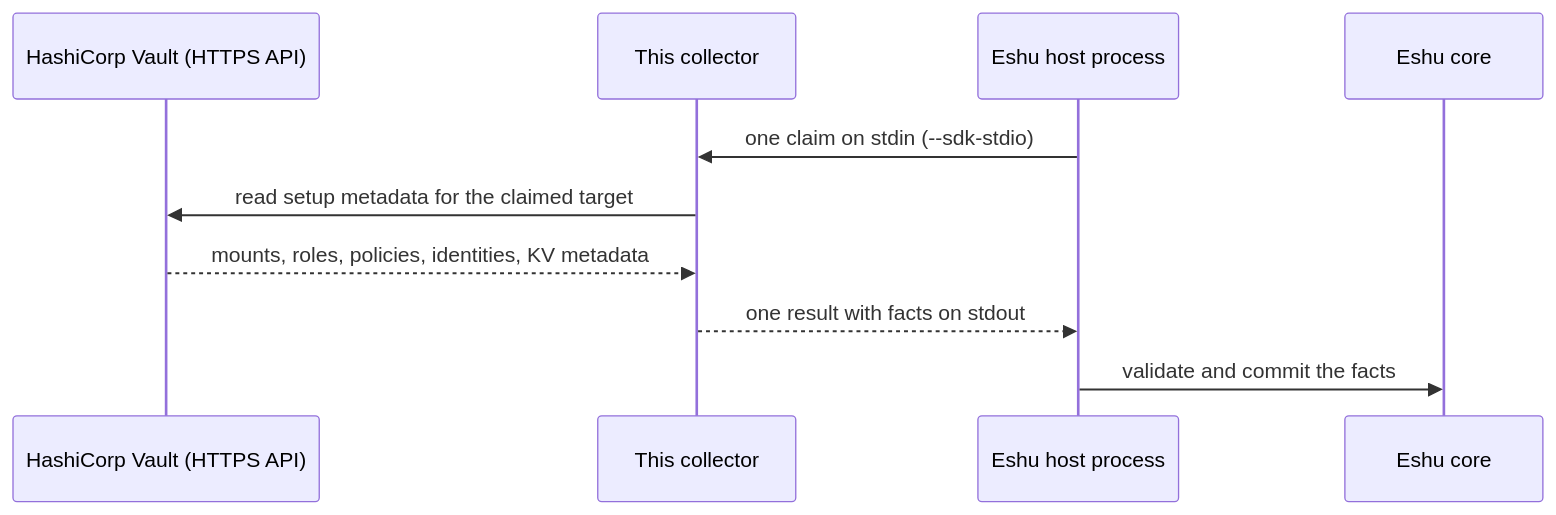
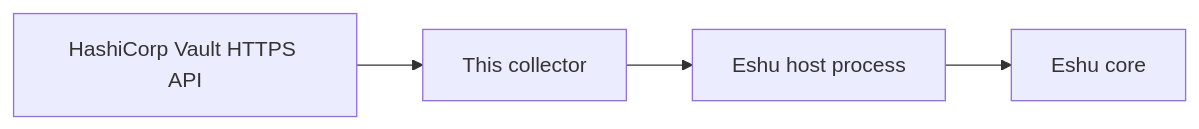
Before and after one commit to eshu-hq/eshu-collector-vault-live: the diagram in README.md, drawn with Mermaid. The commit also changed other lines of this file and 14 other files, not shown here.

````diff
--- a/README.md
+++ b/README.md
@@ -48,12 +14,6 @@
 ```mermaid
-sequenceDiagram
-    participant V as HashiCorp Vault (HTTPS API)
-    participant C as This collector
-    participant H as Eshu host process
-    participant E as Eshu core
-    H->>C: one claim on stdin (--sdk-stdio)
-    C->>V: read setup metadata for the claimed target
-    V-->>C: mounts, roles, policies, identities, KV metadata
-    C-->>H: one result with facts on stdout
-    H->>E: validate and commit the facts
+flowchart LR
+    V[HashiCorp Vault HTTPS API] --> C[This collector]
+    C --> H[Eshu host process]
+    H --> E[Eshu core]
 ```
````
